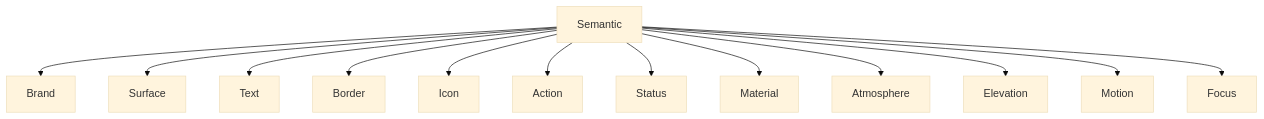
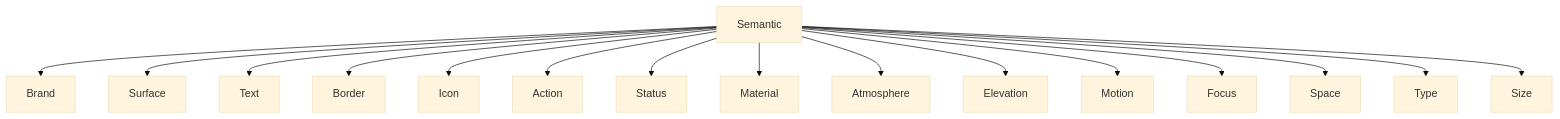
One commit to mosaic-media/architecture changed the second of 9 diagrams in docs/design/system/mds-001-design-token-architecture/04-semantic-tokens.md. Above: the diagram before and after it, drawn with Mermaid (base theme). The commit also changed other lines of this file and 7 other files, not shown here.

````diff
--- a/docs/design/system/mds-001-design-token-architecture/04-semantic-tokens.md
+++ b/docs/design/system/mds-001-design-token-architecture/04-semantic-tokens.md
@@ -130,30 +134,36 @@
 ```mermaid
 flowchart TD
 
 N1["Semantic"]
 N2["Brand"]
 N3["Surface"]
 N4["Text"]
 N5["Border"]
 N6["Icon"]
 N7["Action"]
 N8["Status"]
 N9["Material"]
 N10["Atmosphere"]
 N11["Elevation"]
 N12["Motion"]
 N13["Focus"]
+N14["Space"]
+N15["Type"]
+N16["Size"]
 
 N1 --> N2
 N1 --> N3
 N1 --> N4
 N1 --> N5
 N1 --> N6
 N1 --> N7
 N1 --> N8
 N1 --> N9
 N1 --> N10
 N1 --> N11
 N1 --> N12
 N1 --> N13
+N1 --> N14
+N1 --> N15
+N1 --> N16
 ```
````
